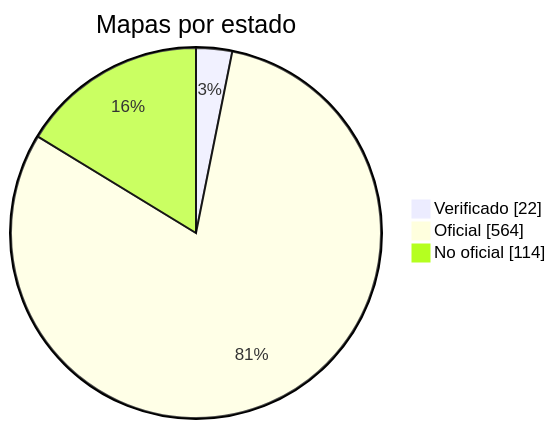
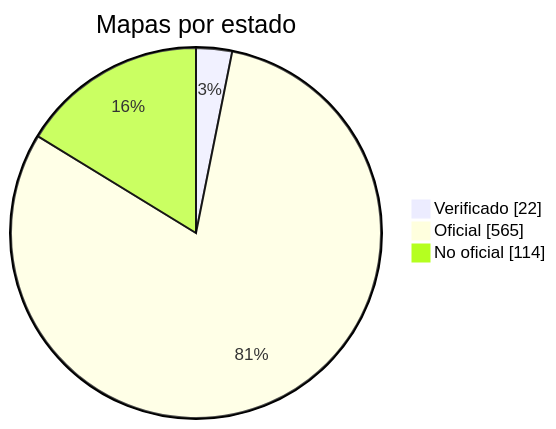
Before and after one commit to nobrega8/mbmap-library: the diagram in docs/readme/README_ES.md, drawn with Mermaid. The commit also changed 6 other files, not shown here.

````diff
--- a/docs/readme/README_ES.md
+++ b/docs/readme/README_ES.md
@@ -54,7 +54,7 @@
 ```mermaid
 pie showData
     title Mapas por estado
     "Verificado" : 22
-    "Oficial" : 564
+    "Oficial" : 565
     "No oficial" : 114
 ```
````
